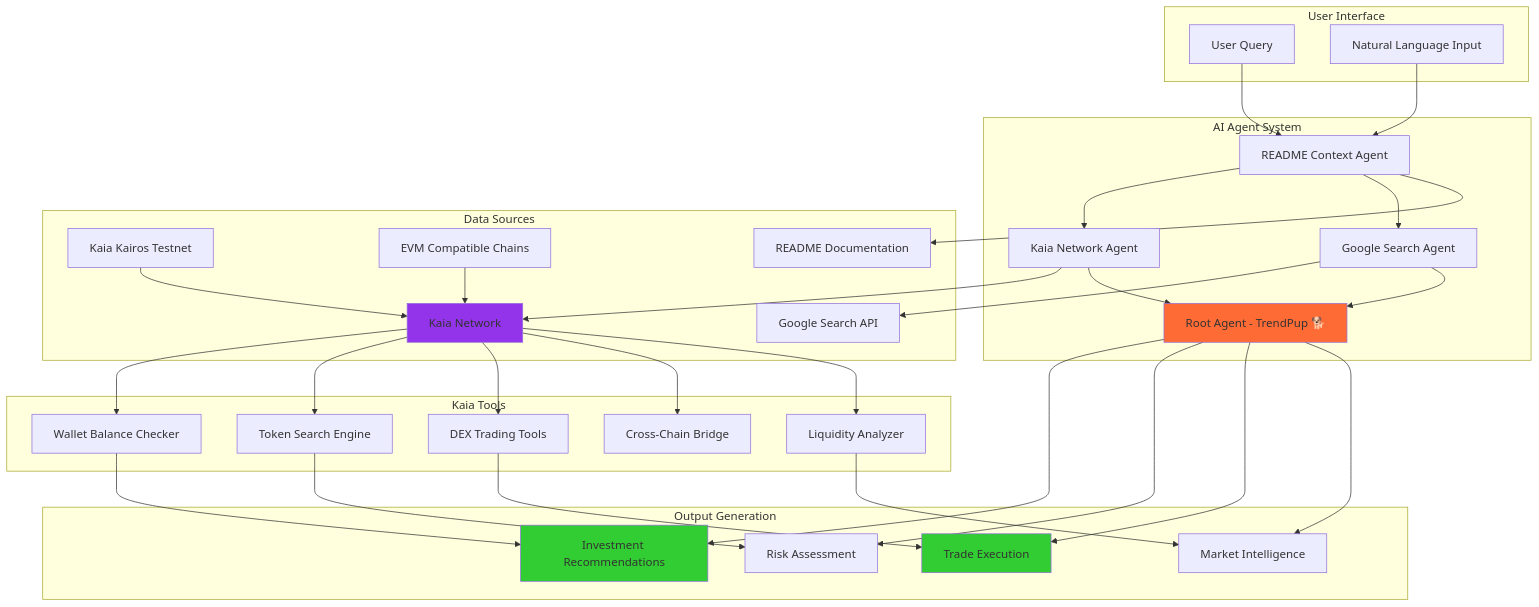
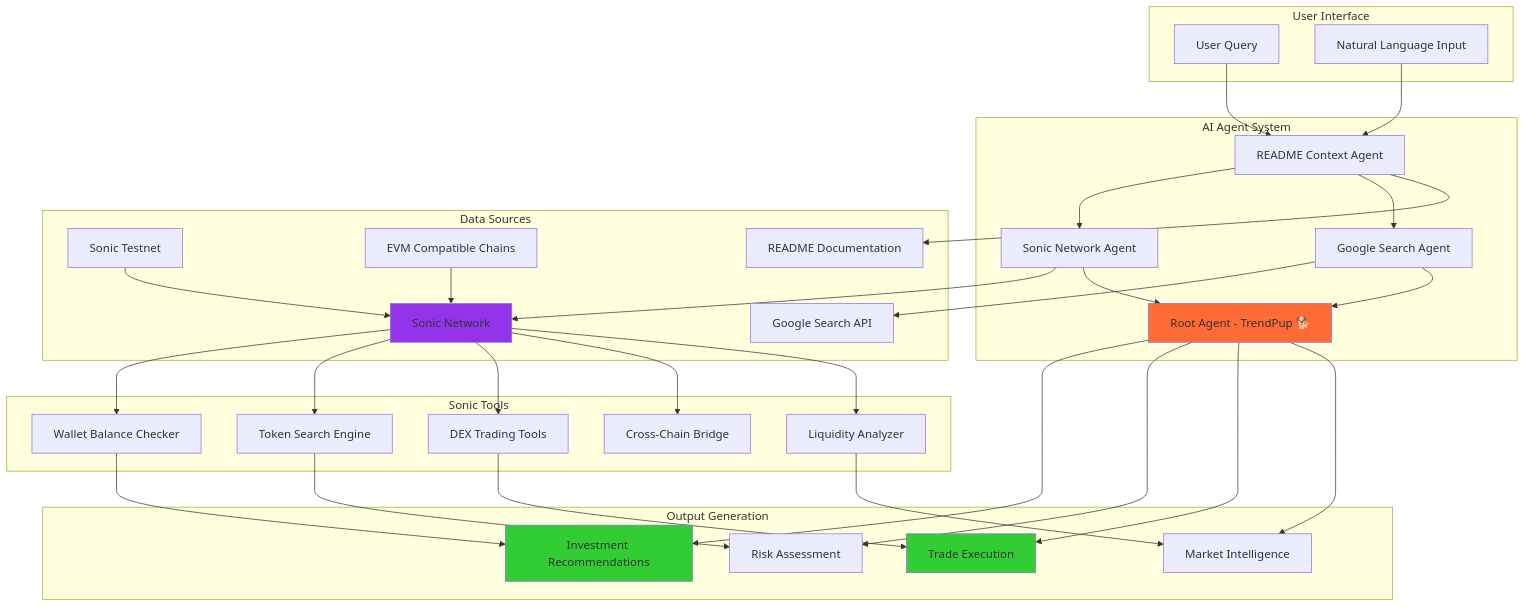
One commit to Spydiecy/Trendpup_Sonic changed the first of 8 diagrams in README.md. Above: the diagram before and after it, drawn with Mermaid. The commit also changed other lines of this file and 10 other files, not shown here.

````diff
--- a/README.md
+++ b/README.md
@@ -212,71 +212,71 @@
 ```mermaid
 flowchart TB
     subgraph "User Interface"
         A[User Query]
         B[Natural Language Input]
     end
     
     subgraph "AI Agent System"
         C[README Context Agent]
-        D[Kaia Network Agent]
+        D[Sonic Network Agent]
         E[Google Search Agent]
         F[Root Agent - TrendPup 🐕]
     end
     
     subgraph "Data Sources"
-        G[Kaia Network]
-        H[Kaia Kairos Testnet]
+        G[Sonic Network]
+        H[Sonic Testnet]
         I[EVM Compatible Chains]
         J[Google Search API]
         K[README Documentation]
     end
     
-    subgraph "Kaia Tools"
+    subgraph "Sonic Tools"
         L[Wallet Balance Checker]
         M[Token Search Engine]
         N[DEX Trading Tools]
         O[Cross-Chain Bridge]
         P[Liquidity Analyzer]
     end
     
     subgraph "Output Generation"
         Q[Investment Recommendations]
         R[Risk Assessment]
         S[Trade Execution]
         T[Market Intelligence]
     end
     
     A --> C
     B --> C
     C --> D
     C --> E
     D --> G
     E --> J
     C --> K
     
     G --> L
     G --> M
     G --> N
     G --> O
     G --> P
     
     H --> G
     I --> G
     
     D --> F
     E --> F
     L --> Q
     M --> R
     N --> S
     P --> T
     
     F --> Q
     F --> R
     F --> S
     F --> T
     
     style F fill:#ff6b35
     style G fill:#9333ea
     style Q fill:#32cd32
     style S fill:#32cd32
 ```
````
